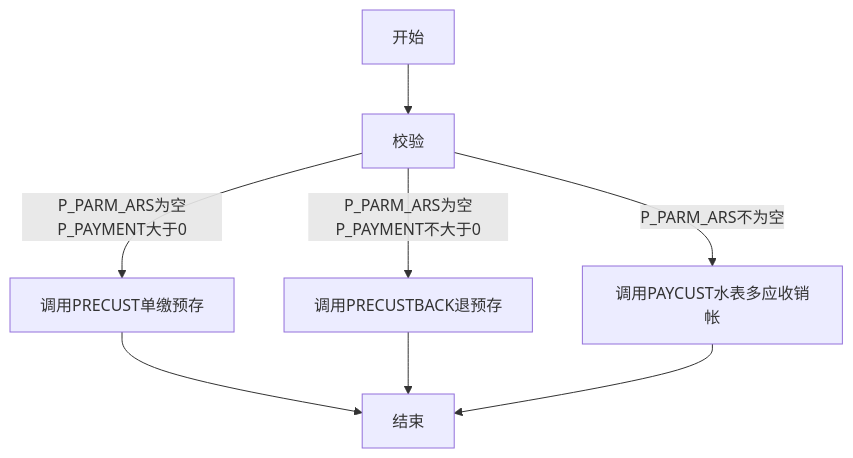
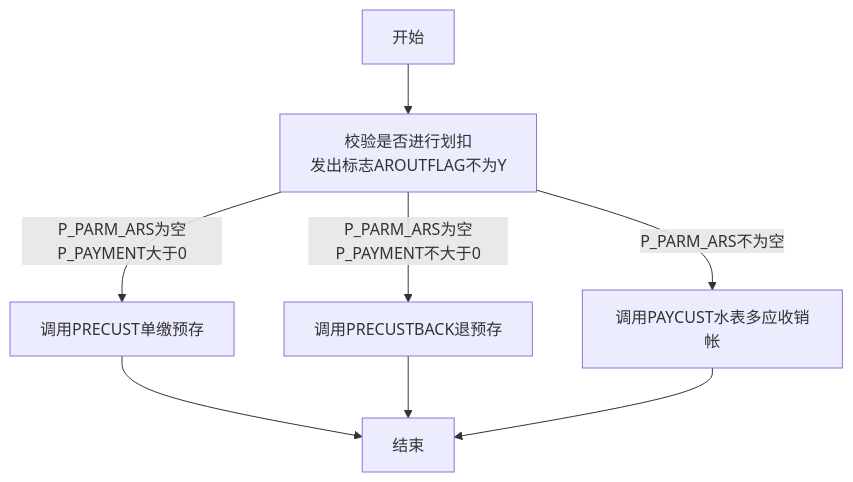
Diagram 32 of 51 in 02.业务梳理流程图简化版_v2020.11.md (liuwentao001/20201001HRBZLS), drawn with Mermaid before and after one commit. The commit also changed other lines of this file and 8 other files, not shown here.

````diff
--- a/02.业务梳理流程图简化版_v2020.11.md
+++ b/02.业务梳理流程图简化版_v2020.11.md
@@ -512,6 +1076,7 @@
 ```mermaid
 graph TD
-开始-->校验--P_PARM_ARS为空P_PAYMENT大于0-->调用PRECUST单缴预存-->结束
-校验--P_PARM_ARS为空P_PAYMENT不大于0-->调用PRECUSTBACK退预存-->结束
-校验--P_PARM_ARS不为空-->调用PAYCUST水表多应收销帐-->结束
+A01[校验是否进行划扣<br>发出标志AROUTFLAG不为Y]
+开始-->A01--P_PARM_ARS为空P_PAYMENT大于0-->调用PRECUST单缴预存-->结束
+A01--P_PARM_ARS为空P_PAYMENT不大于0-->调用PRECUSTBACK退预存-->结束
+A01--P_PARM_ARS不为空-->调用PAYCUST水表多应收销帐-->结束
 ```
````
